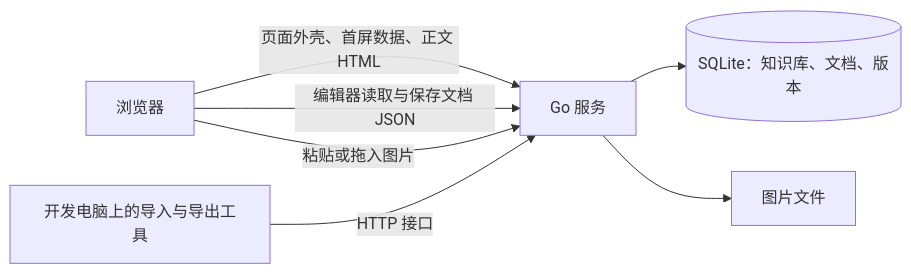
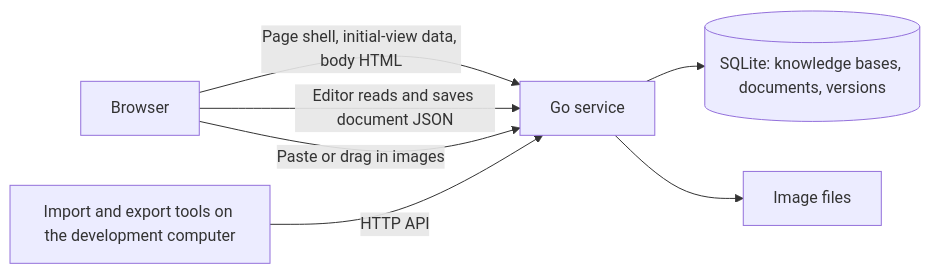
Before and after one commit to Crashmere/Yuyan: the diagram in docs/DESIGN.md, drawn with Mermaid. The commit also changed other lines of this file and 6 other files, not shown here.

````diff
--- a/docs/DESIGN.md
+++ b/docs/DESIGN.md
@@ -53,9 +53,9 @@
 ```mermaid
 flowchart LR
-    B[浏览器] -->|页面外壳、首屏数据、正文 HTML| G[Go 服务]
-    B -->|编辑器读取与保存文档 JSON| G
-    B -->|粘贴或拖入图片| G
-    G --> S[(SQLite：知识库、文档、版本)]
-    G --> A[图片文件]
-    T[开发电脑上的导入与导出工具] -->|HTTP 接口| G
+    B[Browser] -->|Page shell, initial-view data, body HTML| G[Go service]
+    B -->|Editor reads and saves document JSON| G
+    B -->|Paste or drag in images| G
+    G --> S[(SQLite: knowledge bases, documents, versions)]
+    G --> A[Image files]
+    T[Import and export tools on the development computer] -->|HTTP API| G
 ```
````
